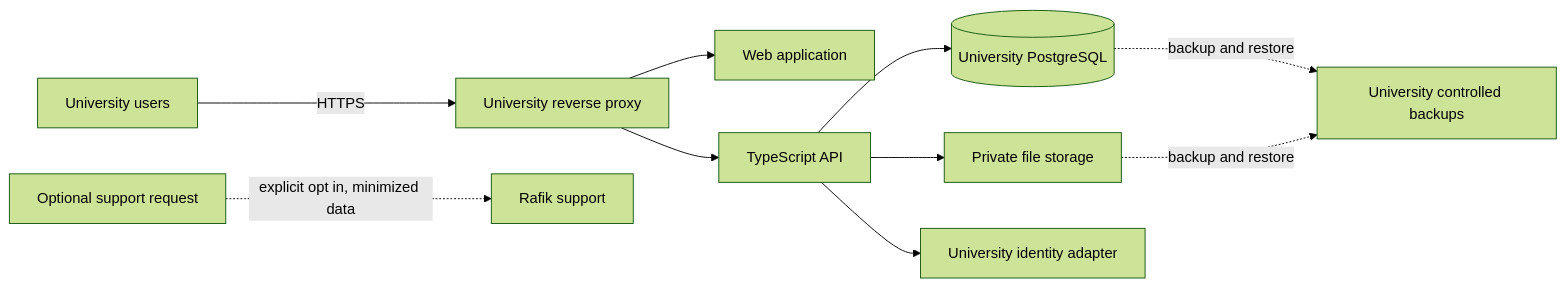
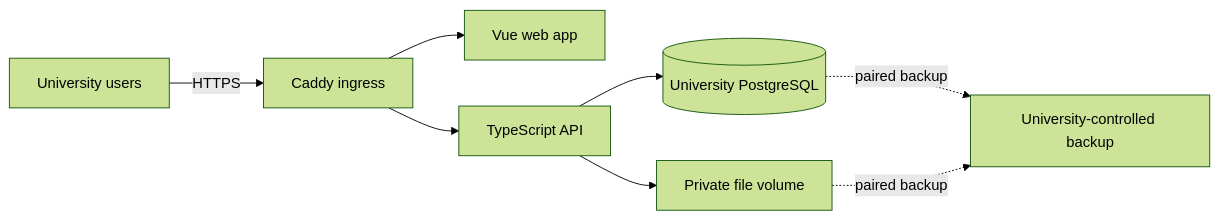
One commit to KenseiEmam/Rafik-OpenSource changed the diagram in docs/architecture/README.md. Above: the diagram before and after it, drawn with Mermaid (forest theme). The commit also changed other lines of this file and 501 other files, not shown here.

````diff
--- a/docs/architecture/README.md
+++ b/docs/architecture/README.md
@@ -20,12 +47,10 @@
 ```mermaid
 flowchart LR
-  U[University users] -->|HTTPS| P[University reverse proxy]
-  P --> W[Web application]
-  P --> A[TypeScript API]
+  U[University users] -->|HTTPS| C[Caddy ingress]
+  C --> W[Vue web app]
+  C --> A[TypeScript API]
   A --> D[(University PostgreSQL)]
-  A --> F[Private file storage]
-  A --> I[University identity adapter]
-  D -. backup and restore .-> B[University controlled backups]
-  F -. backup and restore .-> B
-  S[Optional support request] -. explicit opt in, minimized data .-> R[Rafik support]
+  A --> F[Private file volume]
+  D -. paired backup .-> B[University-controlled backup]
+  F -. paired backup .-> B
 ```
````
